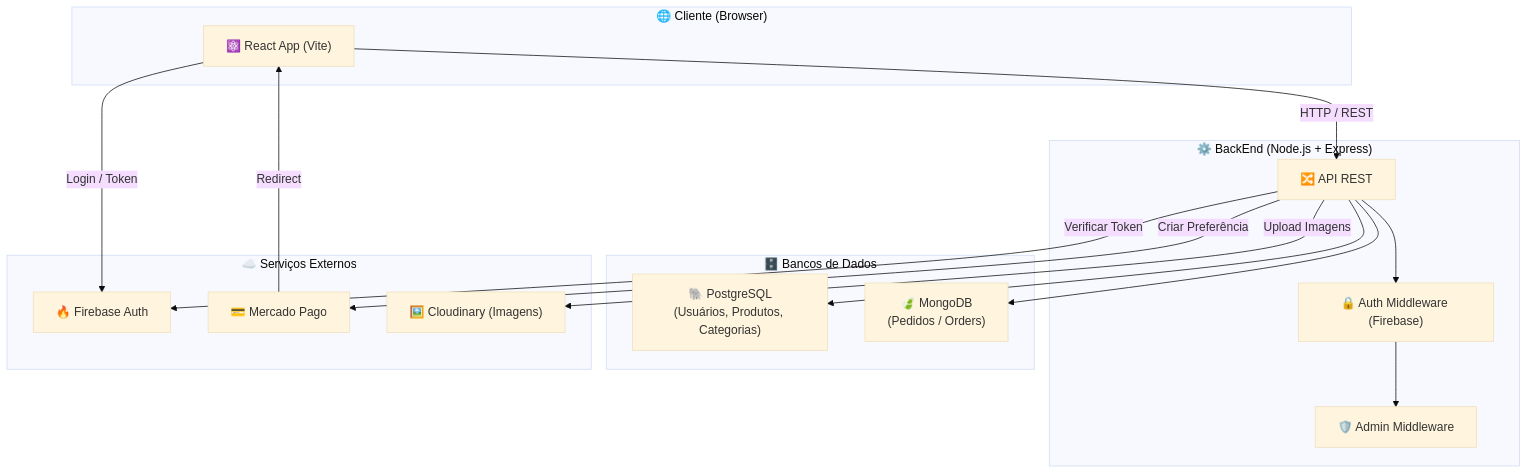
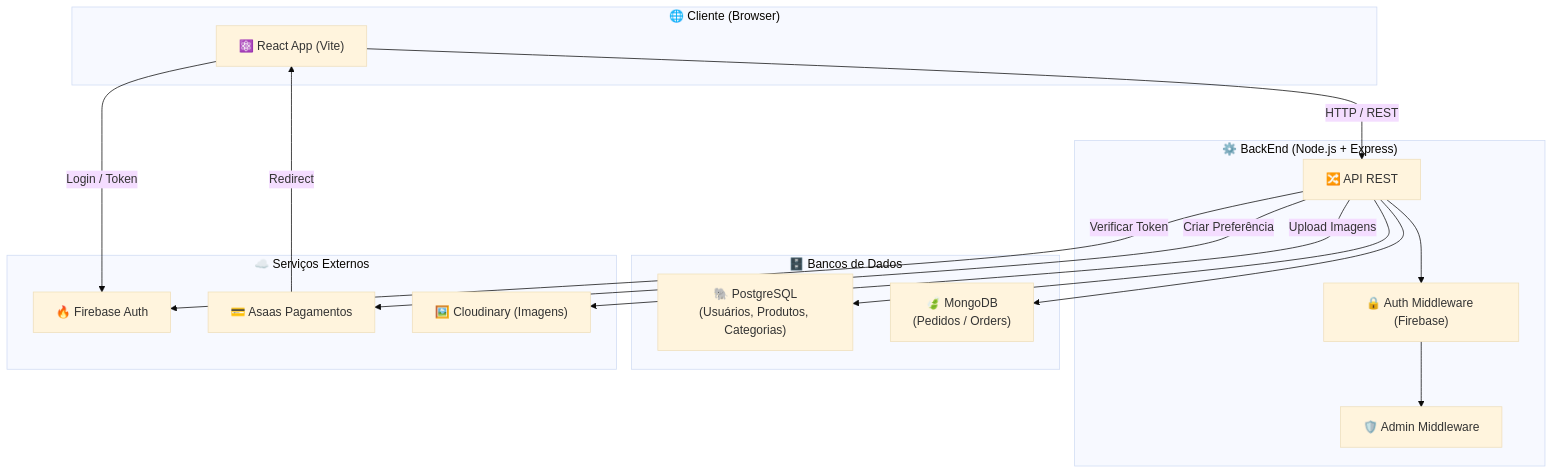
Before and after one commit to ErikBdaSilva20/BeerBurguer: the first of 4 diagrams in README.md, drawn with Mermaid (base theme). The commit also changed other lines of this file and 27 other files, not shown here.

Commit message:
feat: Changed mercado pago, and added Asaas

````diff
--- a/README.md
+++ b/README.md
@@ -158,33 +158,33 @@
 ```mermaid
 graph TD
     subgraph Cliente["🌐 Cliente (Browser)"]
         FE["⚛️ React App (Vite)"]
     end
 
     subgraph Backend["⚙️ BackEnd (Node.js + Express)"]
         API["🔀 API REST"]
         AUTH["🔒 Auth Middleware (Firebase)"]
         ADMIN["🛡️ Admin Middleware"]
     end
 
     subgraph Databases["🗄️ Bancos de Dados"]
         PG["🐘 PostgreSQL\n(Usuários, Produtos, Categorias)"]
         MONGO["🍃 MongoDB\n(Pedidos / Orders)"]
     end
 
     subgraph External["☁️ Serviços Externos"]
         FIREBASE["🔥 Firebase Auth"]
-        MP["💳 Mercado Pago"]
+        MP["💳 Asaas Pagamentos"]
         CLOUDINARY["🖼️ Cloudinary (Imagens)"]
     end
 
     FE -- "HTTP / REST" --> API
     FE -- "Login / Token" --> FIREBASE
     API -- "Verificar Token" --> FIREBASE
     API --> AUTH --> ADMIN
     API --> PG
     API --> MONGO
     API -- "Criar Preferência" --> MP
     API -- "Upload Imagens" --> CLOUDINARY
     MP -- "Redirect" --> FE
 ```
````
